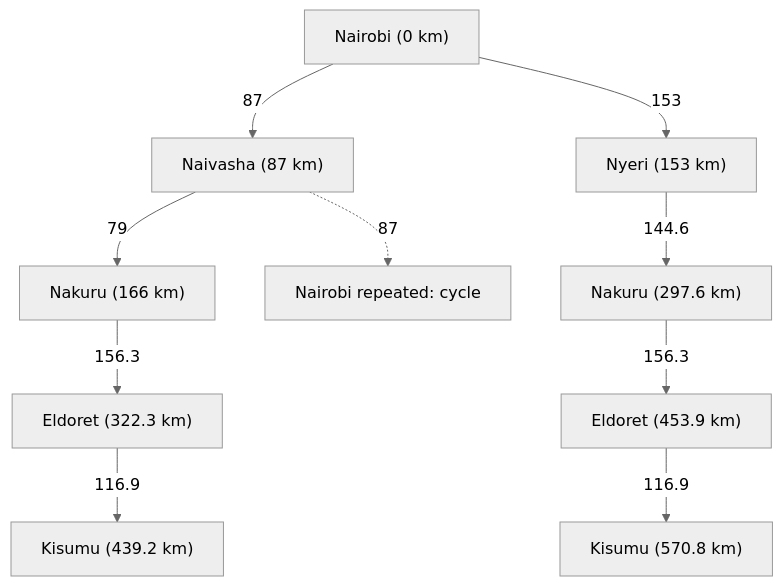
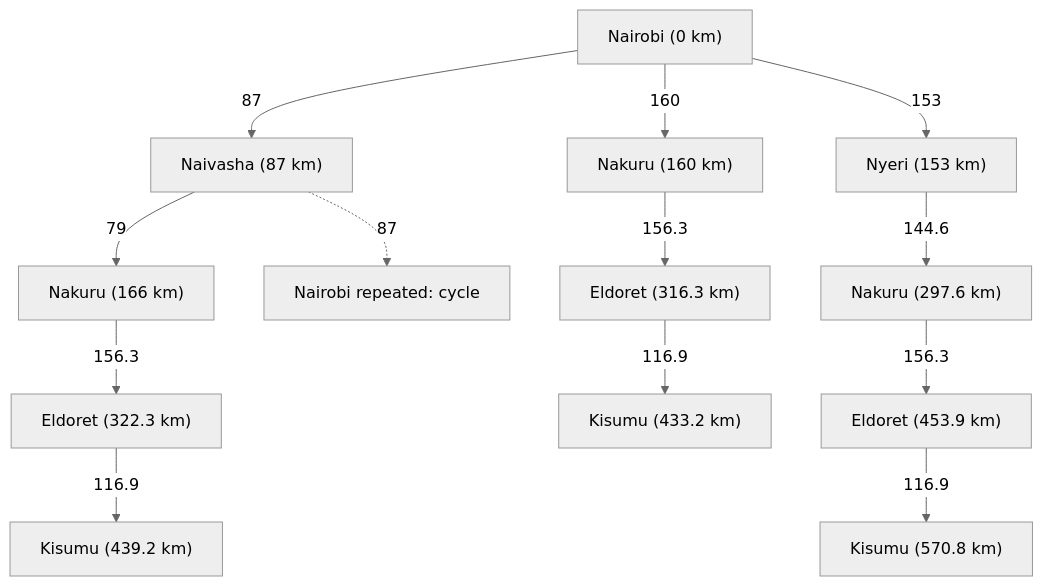
Before and after one commit to stiletoman/PS-Agents: the second of 2 diagrams in design.md, drawn with Mermaid (neutral theme). The commit also changed other lines of this file and 4 other files, not shown here.

Commit message:
Add assignment diagrams and group evidence

````diff
--- a/design.md
+++ b/design.md
@@ -111,23 +120,29 @@
 ```mermaid
 flowchart TD
     NAI["Nairobi (0 km)"]
     NAV["Naivasha (87 km)"]
     NYE["Nyeri (153 km)"]
+    NAK0["Nakuru (160 km)"]
     NAK1["Nakuru (166 km)"]
     NAK2["Nakuru (297.6 km)"]
+    ELD0["Eldoret (316.3 km)"]
     ELD1["Eldoret (322.3 km)"]
     ELD2["Eldoret (453.9 km)"]
+    KIS0["Kisumu (433.2 km)"]
     KIS1["Kisumu (439.2 km)"]
     KIS2["Kisumu (570.8 km)"]
     CYCLE["Nairobi repeated: cycle"]
 
     NAI -->|87| NAV
     NAV -->|79| NAK1
+    NAI -->|160| NAK0
+    NAK0 -->|156.3| ELD0
+    ELD0 -->|116.9| KIS0
     NAK1 -->|156.3| ELD1
     ELD1 -->|116.9| KIS1
     NAI -->|153| NYE
     NYE -->|144.6| NAK2
     NAK2 -->|156.3| ELD2
     ELD2 -->|116.9| KIS2
     NAV -.->|87| CYCLE
 ```
````
